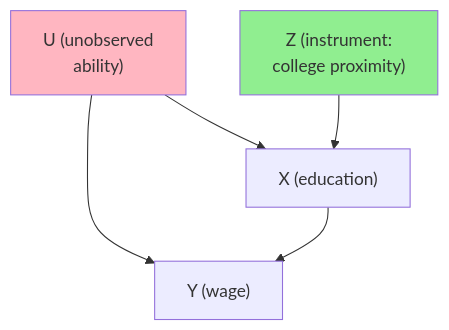
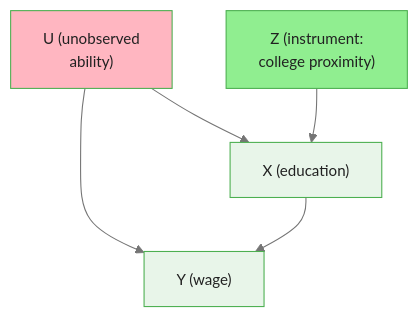
Before and after one commit to m-deane/course-creator: the diagram in courses/causalpy-interrupted-time-series/modules/module_06_instrumental_variables/guides/01_iv_fundamentals_guide.md, drawn with Mermaid. The commit also changed other lines of this file and 279 other files, not shown here.

````diff
--- a/courses/causalpy-interrupted-time-series/modules/module_06_instrumental_variables/guides/01_iv_fundamentals_guide.md
+++ b/courses/causalpy-interrupted-time-series/modules/module_06_instrumental_variables/guides/01_iv_fundamentals_guide.md
@@ -59,10 +59,13 @@
 ```mermaid
+%%{init: {"theme": "base", "themeVariables": {"primaryColor": "#e8f5e9", "primaryBorderColor": "#4caf50", "primaryTextColor": "#212121", "secondaryColor": "#e3f2fd", "tertiaryColor": "#fff8e1", "lineColor": "#757575", "fontFamily": "Inter, sans-serif", "fontSize": "14px"}}}%%
 graph TD
     U["U (unobserved<br>ability)"] --> X["X (education)"]
     U --> Y["Y (wage)"]
     Z["Z (instrument:<br>college proximity)"] --> X
     X --> Y
 
-    style Z fill:#90EE90
-    style U fill:#FFB6C1
+    classDef instrument fill:#90EE90
+    classDef unobserved fill:#FFB6C1
+    class Z instrument
+    class U unobserved
 ```
````
